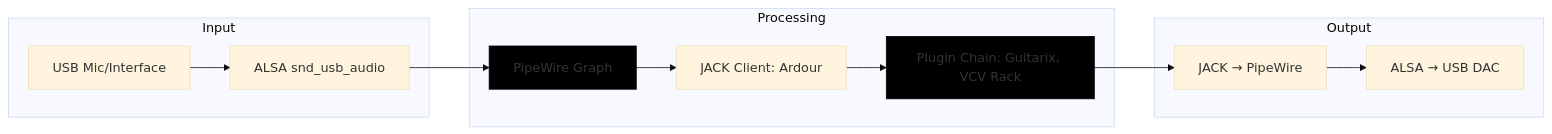
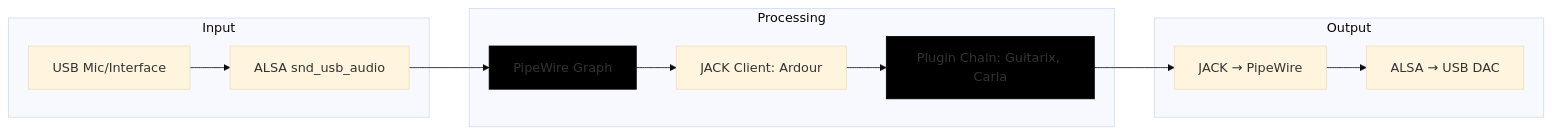
Before and after one commit to ALH477/ArchibaldOS: the first of 2 diagrams in README.md, drawn with Mermaid (base theme). The commit also changed other lines of this file, not shown here.

````diff
--- a/README.md
+++ b/README.md
@@ -50,20 +49,20 @@
 ```mermaid
 graph LR
     subgraph "Input"
         A[USB Mic/Interface] --> B[ALSA snd_usb_audio]
     end
 
     subgraph "Processing"
         B --> C[PipeWire Graph]
         C --> D[JACK Client: Ardour]
-        D --> E[Plugin Chain: Guitarix, VCV Rack]
+        D --> E[Plugin Chain: Guitarix, Carla]
     end
 
     subgraph "Output"
         E --> F[JACK → PipeWire]
         F --> G[ALSA → USB DAC]
     end
 
     style C fill:#000000,stroke:#000
     style E fill:#000000,stroke:#000
 ```
````
